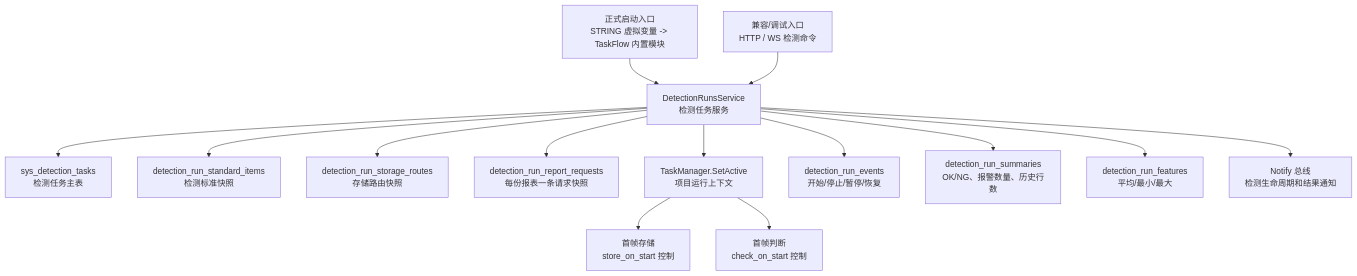
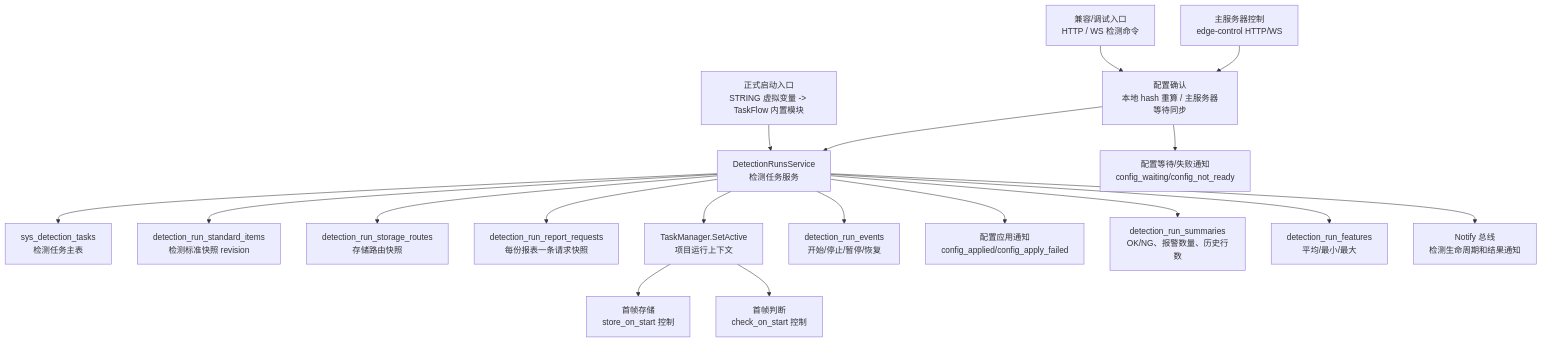
One commit to YufeiSun5/edge-terminal-SPT changed the third of 6 diagrams in backend/docs/边缘端全链路数据流转与分发图.md. Above: the diagram before and after it, drawn with Mermaid. The commit also changed other lines of this file and 105 other files, not shown here.

````diff
--- a/backend/docs/边缘端全链路数据流转与分发图.md
+++ b/backend/docs/边缘端全链路数据流转与分发图.md
@@ -233,18 +256,22 @@
 ```mermaid
 flowchart TB
   启动入口["正式启动入口\nSTRING 虚拟变量 -> TaskFlow 内置模块"] --> 检测服务["DetectionRunsService\n检测任务服务"]
-  兼容入口["兼容/调试入口\nHTTP / WS 检测命令"] --> 检测服务
+  兼容入口["兼容/调试入口\nHTTP / WS 检测命令"] --> 配置确认["配置确认\n本地 hash 重算 / 主服务器等待同步"]
+  配置确认 --> 检测服务
+  主服务器控制["主服务器控制\nedge-control HTTP/WS"] --> 配置确认
   检测服务 --> 任务表["sys_detection_tasks\n检测任务主表"]
-  检测服务 --> 标准快照["detection_run_standard_items\n检测标准快照"]
+  检测服务 --> 标准快照["detection_run_standard_items\n检测标准快照 revision"]
   检测服务 --> 存储快照["detection_run_storage_routes\n存储路由快照"]
   检测服务 --> 报表请求快照["detection_run_report_requests\n每份报表一条请求快照"]
   检测服务 --> 运行上下文["TaskManager.SetActive\n项目运行上下文"]
 
   运行上下文 --> 首帧存储["首帧存储\nstore_on_start 控制"]
   运行上下文 --> 首帧判断["首帧判断\ncheck_on_start 控制"]
 
   检测服务 --> 生命周期事件["detection_run_events\n开始/停止/暂停/恢复"]
+  配置确认 --> 配置等待通知["配置等待/失败通知\nconfig_waiting/config_not_ready"]
+  检测服务 --> 配置应用通知["配置应用通知\nconfig_applied/config_apply_failed"]
   检测服务 --> 摘要["detection_run_summaries\nOK/NG、报警数量、历史行数"]
   检测服务 --> 特征值["detection_run_features\n平均/最小/最大"]
   检测服务 --> 通知总线["Notify 总线\n检测生命周期和结果通知"]
 ```
````
